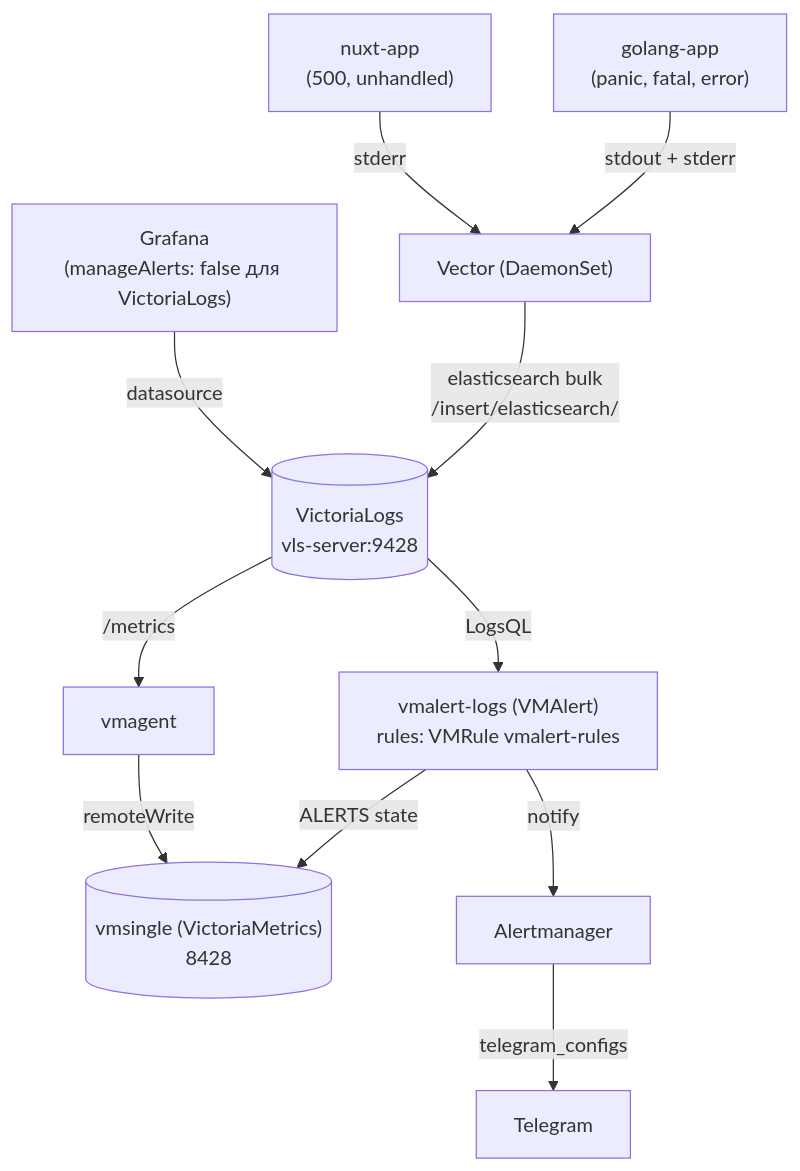
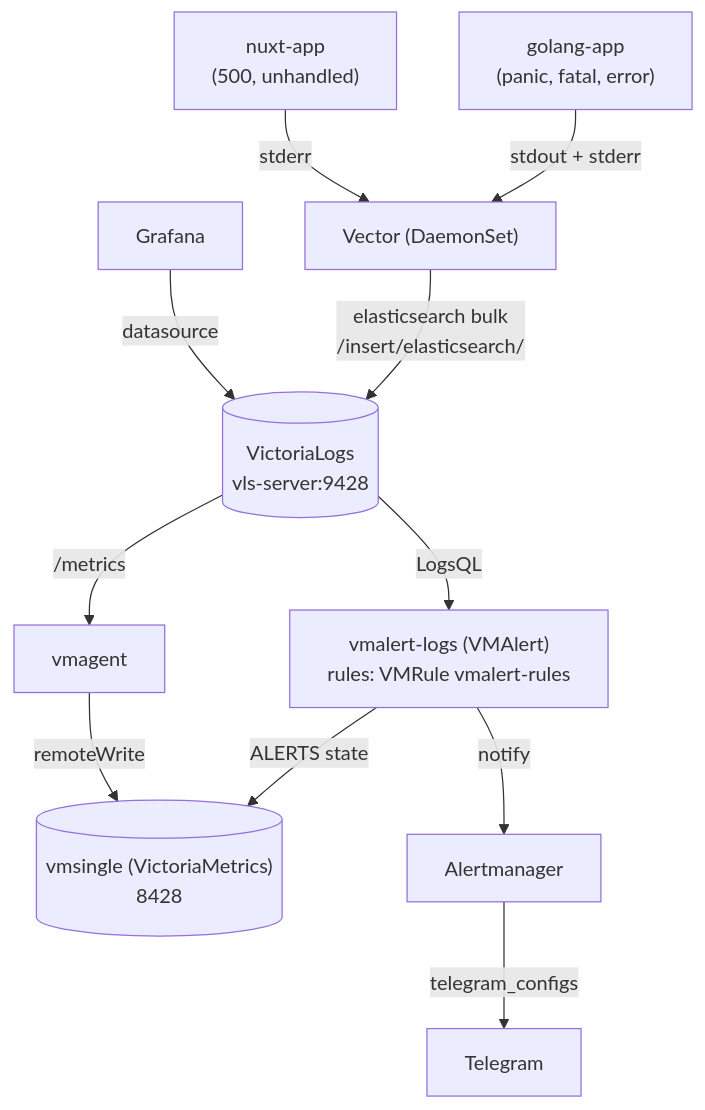
The diagram in README.md (patsevanton/victorialogs-alerting-by-error-panic), drawn with Mermaid before and after one commit. The commit also changed other lines of this file and 1 other file, not shown here.

Commit message:
документирование контракта stream и удаление manageAlerts для Grafana

````diff
--- a/README.md
+++ b/README.md
@@ -20,16 +20,16 @@
 ```mermaid
 flowchart TD
     Go["golang-app<br/>(panic, fatal, error)"] -->|stdout + stderr| Vector["Vector (DaemonSet)"]
     Nuxt["nuxt-app<br/>(500, unhandled)"] -->|stderr| Vector
     Vector -->|elasticsearch bulk<br/>/insert/elasticsearch/| VL[("VictoriaLogs<br/>vls-server:9428")]
 
     VL -->|LogsQL| VMA["vmalert-logs (VMAlert)<br/>rules: VMRule vmalert-rules"]
     VMA -->|ALERTS state| VMSingle[("vmsingle (VictoriaMetrics)<br/>8428")]
     VMA -->|notify| AM["Alertmanager"]
     AM -->|telegram_configs| TG["Telegram"]
 
-    Grafana["Grafana<br/>(manageAlerts: false для VictoriaLogs)"] -->|datasource| VL
+    Grafana["Grafana"] -->|datasource| VL
 
     VL -->|/metrics| VMAgent["vmagent"]
     VMAgent -->|remoteWrite| VMSingle
 ```
````
